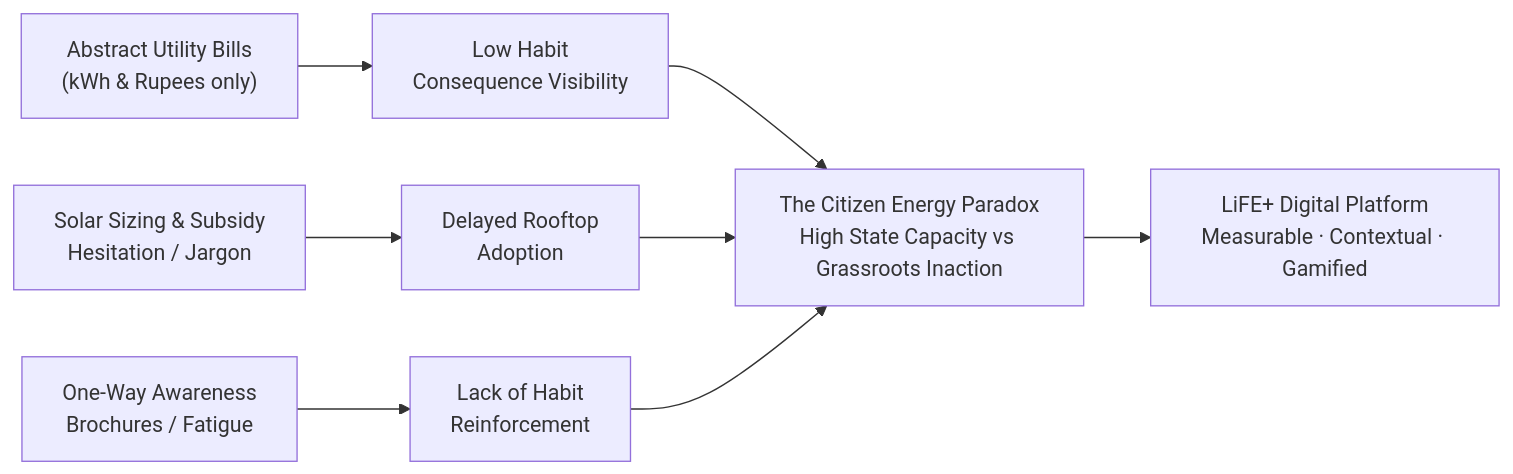
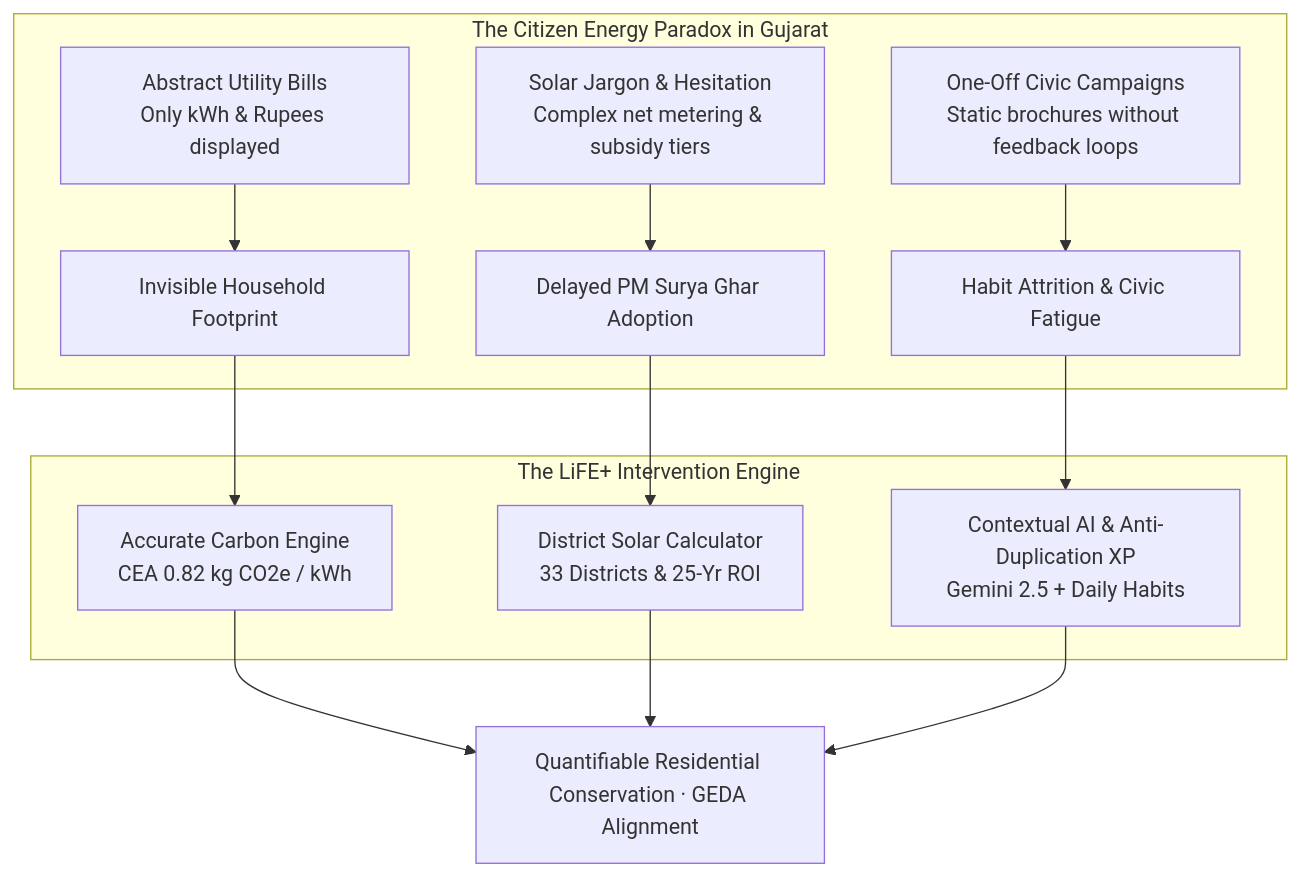
Before and after one commit to rawalneel11-ui/life-plus: the first of 6 diagrams in README.md, drawn with Mermaid. The commit also changed other lines of this file, not shown here.

````diff
--- a/README.md
+++ b/README.md
@@ -34,12 +62,18 @@
 ```mermaid
-flowchart LR
-    A["Abstract Utility Bills\n(kWh & Rupees only)"] --> B["Low Habit\nConsequence Visibility"]
-    C["Solar Sizing & Subsidy\nHesitation / Jargon"] --> D["Delayed Rooftop\nAdoption"]
-    E["One-Way Awareness\nBrochures / Fatigue"] --> F["Lack of Habit\nReinforcement"]
-    
-    B --> G["The Citizen Energy Paradox\nHigh State Capacity vs Grassroots Inaction"]
-    D --> G
-    F --> G
-    
-    G --> H["LiFE+ Digital Platform\nMeasurable · Contextual · Gamified"]
+flowchart TD
+    subgraph Challenge ["The Citizen Energy Paradox in Gujarat"]
+        A["Abstract Utility Bills\nOnly kWh & Rupees displayed"] --> D["Invisible Household Footprint"]
+        B["Solar Jargon & Hesitation\nComplex net metering & subsidy tiers"] --> E["Delayed PM Surya Ghar Adoption"]
+        C["One-Off Civic Campaigns\nStatic brochures without feedback loops"] --> F["Habit Attrition & Civic Fatigue"]
+    end
+
+    subgraph Solution ["The LiFE+ Intervention Engine"]
+        D --> G["Accurate Carbon Engine\nCEA 0.82 kg CO2e / kWh"]
+        E --> H["District Solar Calculator\n33 Districts & 25-Yr ROI"]
+        F --> I["Contextual AI & Anti-Duplication XP\nGemini 2.5 + Daily Habits"]
+    end
+
+    G --> J["Quantifiable Residential Conservation · GEDA Alignment"]
+    H --> J
+    I --> J
 ```
````
